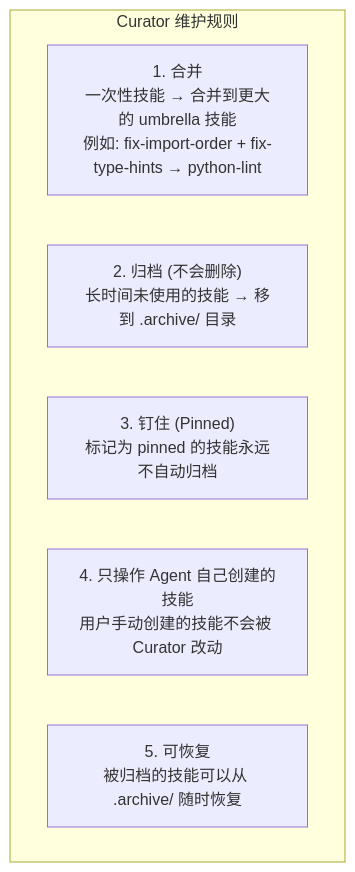
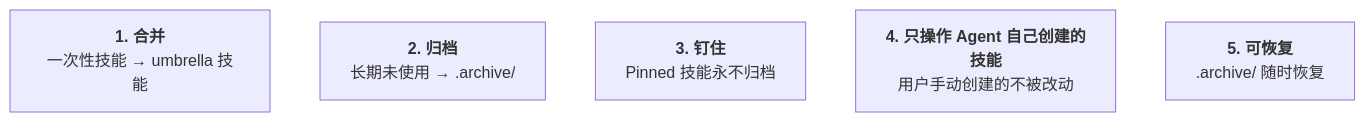
The second of 3 diagrams in hermes-learning-path/06-记忆与技能系统.md (keyuanweb/ai-learning-path), drawn with Mermaid before and after one commit. The commit also changed other lines of this file, not shown here.

First line of the commit message:
fix: 优化记忆与技能系统章节 Mermaid 图表可读性

````diff
--- a/hermes-learning-path/06-记忆与技能系统.md
+++ b/hermes-learning-path/06-记忆与技能系统.md
@@ -328,10 +332,8 @@
 ```mermaid
-graph TD
-    subgraph CURATOR["Curator 维护规则"]
-        A["1. 合并<br/>一次性技能 → 合并到更大的 umbrella 技能<br/>例如: fix-import-order + fix-type-hints → python-lint"]
-        B["2. 归档 (不会删除)<br/>长时间未使用的技能 → 移到 .archive/ 目录"]
-        C["3. 钉住 (Pinned)<br/>标记为 pinned 的技能永远不自动归档"]
-        D["4. 只操作 Agent 自己创建的技能<br/>用户手动创建的技能不会被 Curator 改动"]
-        E["5. 可恢复<br/>被归档的技能可以从 .archive/ 随时恢复"]
-    end
+flowchart TD
+    A["<b>1. 合并</b><br/>一次性技能 → umbrella 技能"]
+    B["<b>2. 归档</b><br/>长期未使用 → .archive/"]
+    C["<b>3. 钉住</b><br/>Pinned 技能永不归档"]
+    D["<b>4. 只操作 Agent 自己创建的技能</b><br/>用户手动创建的不被改动"]
+    E["<b>5. 可恢复</b><br/>.archive/ 随时恢复"]
 ```
````
